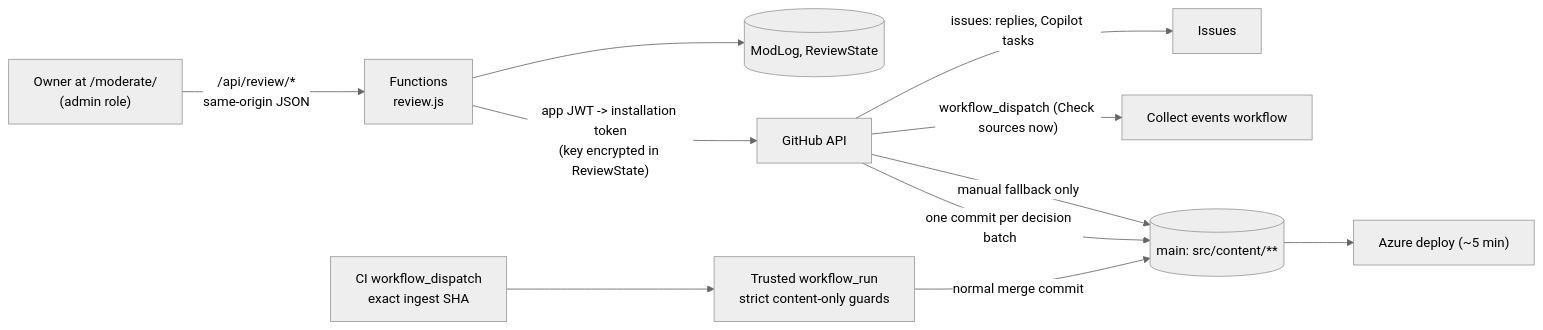
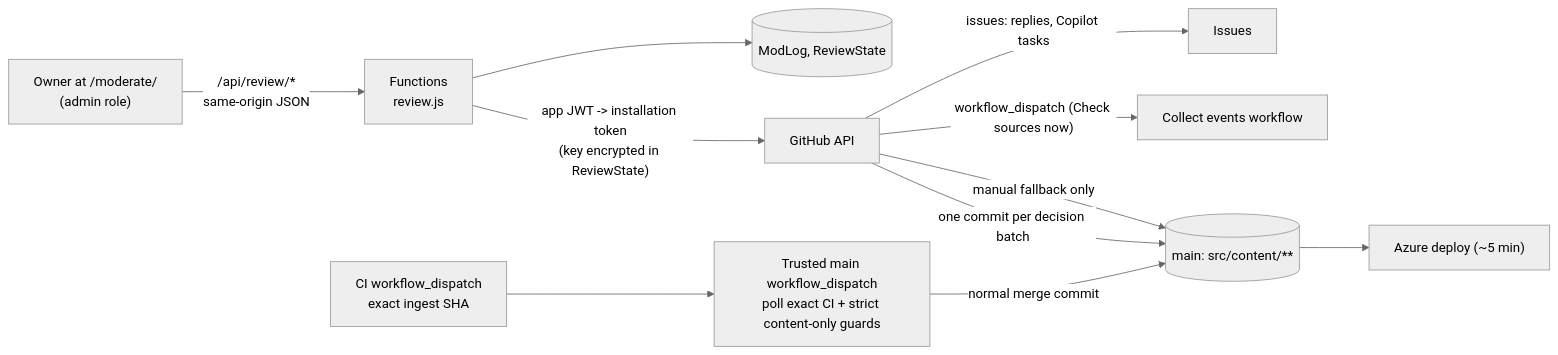
Before and after one commit to michaelsrichter/long-island-dance-events: the fourth of 5 diagrams in docs/architecture.md, drawn with Mermaid (neutral theme). The commit also changed other lines of this file and 49 other files, not shown here.

````diff
--- a/docs/architecture.md
+++ b/docs/architecture.md
@@ -159,13 +159,13 @@
 ```mermaid
 flowchart LR
   O["Owner at /moderate/<br/>(admin role)"] -->|"/api/review/*<br/>same-origin JSON"| FN["Functions<br/>review.js"]
   FN -->|"app JWT -> installation token<br/>(key encrypted in ReviewState)"| GH["GitHub API"]
   GH -->|"one commit per decision batch"| MAIN[("main: src/content/**")]
-  CI["CI workflow_dispatch<br/>exact ingest SHA"] --> AM["Trusted workflow_run<br/>strict content-only guards"]
+  CI["CI workflow_dispatch<br/>exact ingest SHA"] --> AM["Trusted main workflow_dispatch<br/>poll exact CI + strict content-only guards"]
   AM -->|"normal merge commit"| MAIN
   GH -->|"manual fallback only"| MAIN
   GH -->|"workflow_dispatch (Check sources now)"| ACT["Collect events workflow"]
   GH -->|"issues: replies, Copilot tasks"| ISS["Issues"]
   FN --> LOG[("ModLog, ReviewState")]
   MAIN --> DEPLOY["Azure deploy (~5 min)"]
 ```
````
